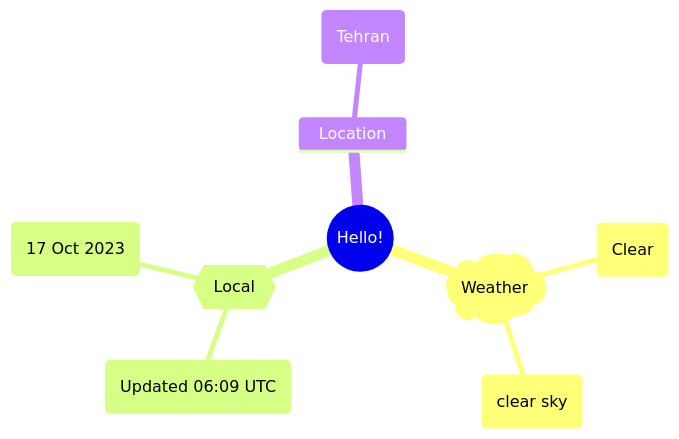
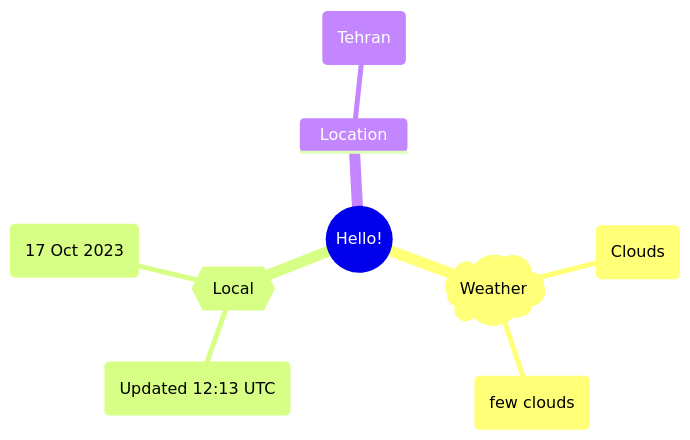
Before and after one commit to Xosrov/Xosrov: the first of 2 diagrams in README.md, drawn with Mermaid.

Commit message:
[bot] updated images

````diff
--- a/README.md
+++ b/README.md
@@ -3,12 +3,12 @@
 ```mermaid
 mindmap
   root((Hello!))
     )Weather(
-        (Clear)
-        (clear sky)
+        (Clouds)
+        (few clouds)
     {{Local}}
-        (Updated 06:09 UTC)
+        (Updated 12:13 UTC)
         (17 Oct 2023)
     Location
         (Tehran)
 ```
````
